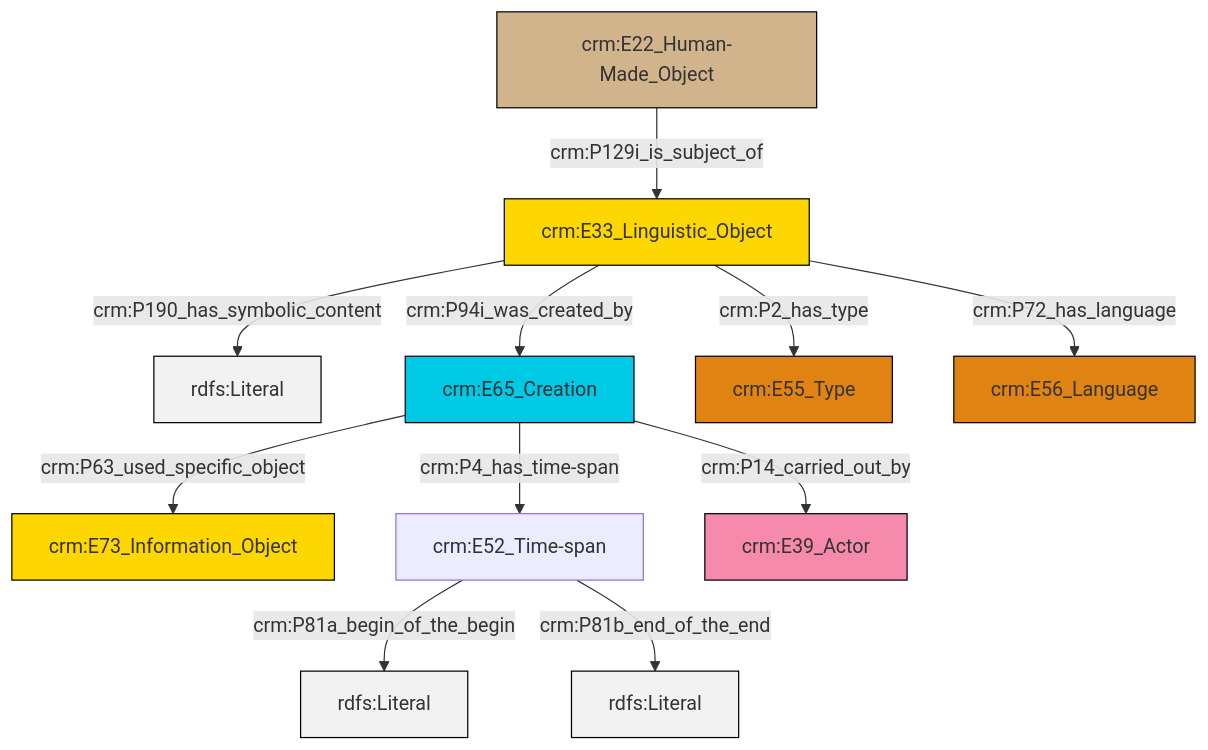
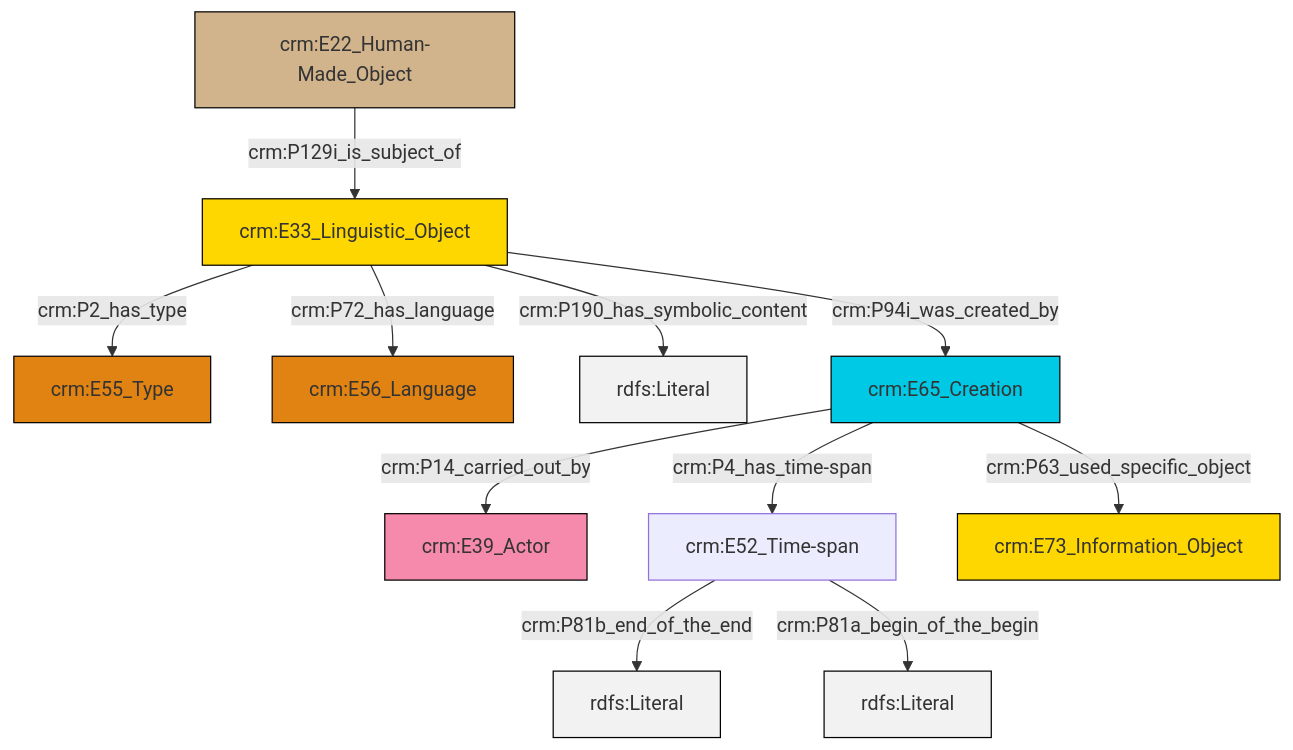
One commit to swiss-art-research-net/docs.swissartresearch changed the diagram in et/carrierCSV/ttl/mmd/carrier_description.ttl.mmd. Above: the diagram before and after it, drawn with Mermaid. The commit also changed 204 other files, not shown here.

```diff
--- a/et/carrierCSV/ttl/mmd/carrier_description.ttl.mmd
+++ b/et/carrierCSV/ttl/mmd/carrier_description.ttl.mmd
@@ -1,25 +1,25 @@
 graph TD
 classDef Literal fill:#f2f2f2,stroke:#000000;
 classDef CRM_Entity fill:#FFFFFF,stroke:#000000;
 classDef Temporal_Entity fill:#00C9E6, stroke:#000000;
 classDef Type fill:#E18312, stroke:#000000;
 classDef Time-Span fill:#2C9C91, stroke:#000000;
 classDef Appellation fill:#FFEB7F, stroke:#000000;
 classDef Place fill:#008836, stroke:#000000;
 classDef Persistent_Item fill:#B266B2, stroke:#000000;
 classDef Conceptual_Object fill:#FFD700, stroke:#000000;
 classDef Physical_Thing fill:#D2B48C, stroke:#000000;
 classDef Actor fill:#f58aad, stroke:#000000;
 classDef PC_Classes fill:#4ce600, stroke:#000000;
 classDef Multi fill:#cccccc,stroke:#000000;
 
-0["crm:E33_Linguistic_Object"]:::Conceptual_Object -->|crm:P190_has_symbolic_content| 1[rdfs:Literal]:::Literal
-0["crm:E33_Linguistic_Object"]:::Conceptual_Object -->|crm:P94i_was_created_by| 2["crm:E65_Creation"]:::Temporal_Entity
-7["crm:E52_Time-span"]:::Default -->|crm:P81a_begin_of_the_begin| 9[rdfs:Literal]:::Literal
-0["crm:E33_Linguistic_Object"]:::Conceptual_Object -->|crm:P2_has_type| 10["crm:E55_Type"]:::Type
-2["crm:E65_Creation"]:::Temporal_Entity -->|crm:P63_used_specific_object| 3["crm:E73_Information_Object"]:::Conceptual_Object
-2["crm:E65_Creation"]:::Temporal_Entity -->|crm:P4_has_time-span| 7["crm:E52_Time-span"]:::Default
-0["crm:E33_Linguistic_Object"]:::Conceptual_Object -->|crm:P72_has_language| 15["crm:E56_Language"]:::Type
-5["crm:E22_Human-Made_Object"]:::Physical_Thing -->|crm:P129i_is_subject_of| 0["crm:E33_Linguistic_Object"]:::Conceptual_Object
-2["crm:E65_Creation"]:::Temporal_Entity -->|crm:P14_carried_out_by| 12["crm:E39_Actor"]:::Actor
-7["crm:E52_Time-span"]:::Default -->|crm:P81b_end_of_the_end| 18[rdfs:Literal]:::Literal
+2["crm:E52_Time-span"]:::Default -->|crm:P81b_end_of_the_end| 3[rdfs:Literal]:::Literal
+4["crm:E22_Human-Made_Object"]:::Physical_Thing -->|crm:P129i_is_subject_of| 5["crm:E33_Linguistic_Object"]:::Conceptual_Object
+5["crm:E33_Linguistic_Object"]:::Conceptual_Object -->|crm:P2_has_type| 9["crm:E55_Type"]:::Type
+5["crm:E33_Linguistic_Object"]:::Conceptual_Object -->|crm:P190_has_symbolic_content| 12[rdfs:Literal]:::Literal
+5["crm:E33_Linguistic_Object"]:::Conceptual_Object -->|crm:P94i_was_created_by| 14["crm:E65_Creation"]:::Temporal_Entity
+14["crm:E65_Creation"]:::Temporal_Entity -->|crm:P14_carried_out_by| 0["crm:E39_Actor"]:::Actor
+14["crm:E65_Creation"]:::Temporal_Entity -->|crm:P63_used_specific_object| 6["crm:E73_Information_Object"]:::Conceptual_Object
+14["crm:E65_Creation"]:::Temporal_Entity -->|crm:P4_has_time-span| 2["crm:E52_Time-span"]:::Default
+5["crm:E33_Linguistic_Object"]:::Conceptual_Object -->|crm:P72_has_language| 10["crm:E56_Language"]:::Type
+2["crm:E52_Time-span"]:::Default -->|crm:P81a_begin_of_the_begin| 18[rdfs:Literal]:::Literal
```
